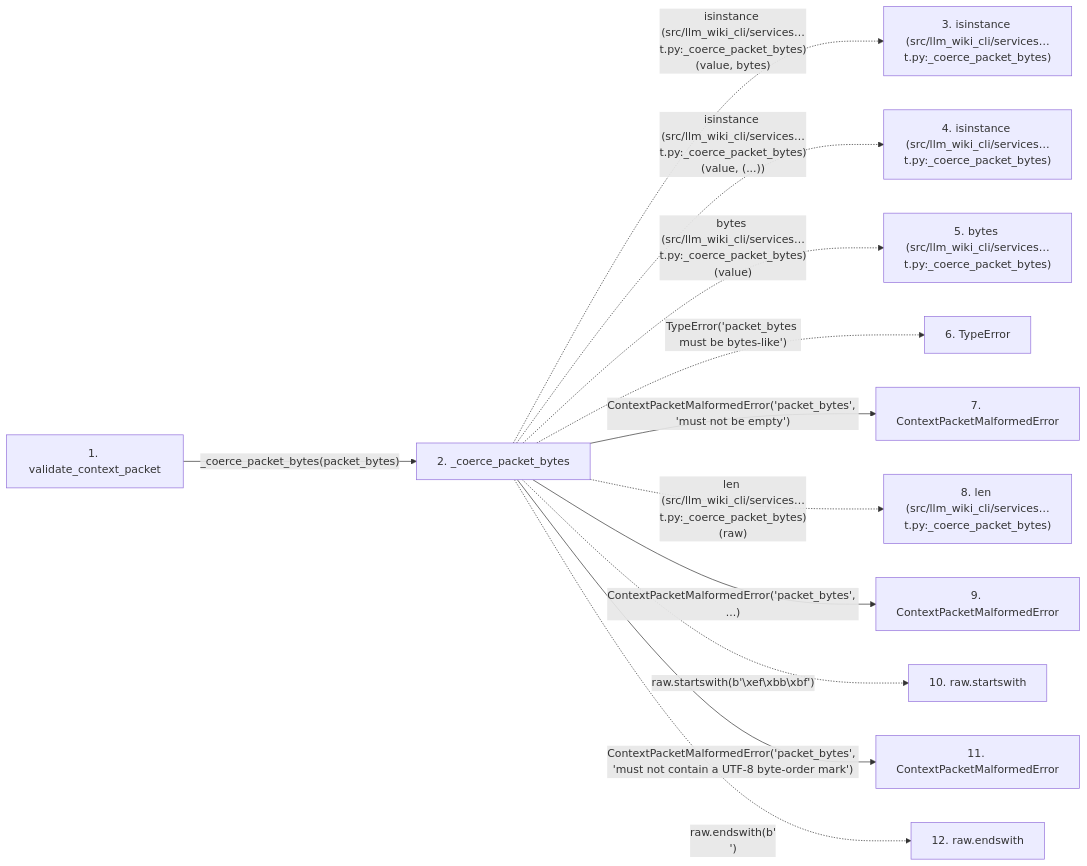
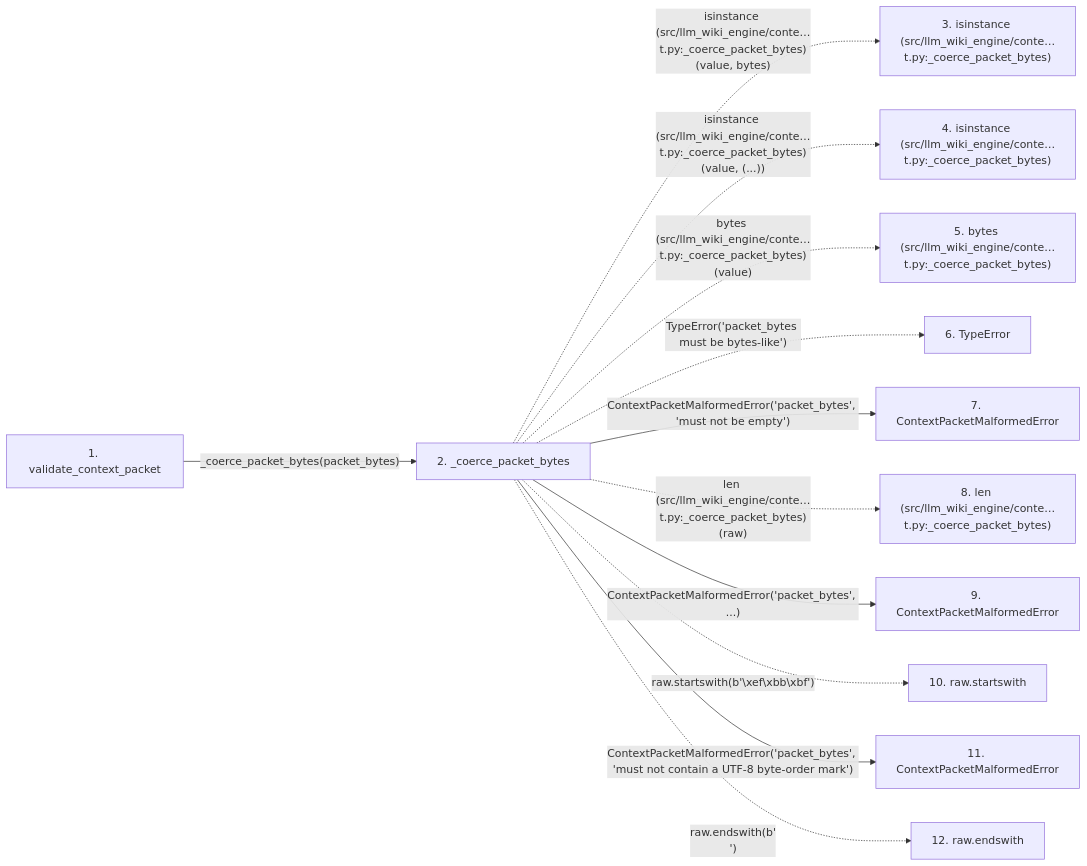
The second of 2 diagrams in docs/llm_wiki/flows/api-validate_context_packet-context_packet.md (Denissvgn/python-wiki-llm), drawn with Mermaid before and after one commit. The commit also changed other lines of this file and 577 other files, not shown here.

Commit message:
docs: refresh the wiki for the engine context packet

````diff
--- a/docs/llm_wiki/flows/api-validate_context_packet-context_packet.md
+++ b/docs/llm_wiki/flows/api-validate_context_packet-context_packet.md
@@ -141,31 +141,31 @@
 ```mermaid
 flowchart LR
     s1["1. validate_context_packet"]
     s2["2. _coerce_packet_bytes"]
-    s3["3. isinstance (src/llm_wiki_cli/services…t.py:_coerce_packet_bytes)"]
-    s4["4. isinstance (src/llm_wiki_cli/services…t.py:_coerce_packet_bytes)"]
-    s5["5. bytes (src/llm_wiki_cli/services…t.py:_coerce_packet_bytes)"]
+    s3["3. isinstance (src/llm_wiki_engine/conte…t.py:_coerce_packet_bytes)"]
+    s4["4. isinstance (src/llm_wiki_engine/conte…t.py:_coerce_packet_bytes)"]
+    s5["5. bytes (src/llm_wiki_engine/conte…t.py:_coerce_packet_bytes)"]
     s6["6. TypeError"]
     s7["7. ContextPacketMalformedError"]
-    s8["8. len (src/llm_wiki_cli/services…t.py:_coerce_packet_bytes)"]
+    s8["8. len (src/llm_wiki_engine/conte…t.py:_coerce_packet_bytes)"]
     s9["9. ContextPacketMalformedError"]
     s10["10. raw.startswith"]
     s11["11. ContextPacketMalformedError"]
     s12["12. raw.endswith"]
     s1 -->|"_coerce_packet_bytes(packet_bytes)"| s2
-    s2 -. "isinstance (src/llm_wiki_cli/services…t.py:_coerce_packet_bytes)(value, bytes)" .-> s3
-    s2 -. "isinstance (src/llm_wiki_cli/services…t.py:_coerce_packet_bytes)(value, (...))" .-> s4
-    s2 -. "bytes (src/llm_wiki_cli/services…t.py:_coerce_packet_bytes)(value)" .-> s5
+    s2 -. "isinstance (src/llm_wiki_engine/conte…t.py:_coerce_packet_bytes)(value, bytes)" .-> s3
+    s2 -. "isinstance (src/llm_wiki_engine/conte…t.py:_coerce_packet_bytes)(value, (...))" .-> s4
+    s2 -. "bytes (src/llm_wiki_engine/conte…t.py:_coerce_packet_bytes)(value)" .-> s5
     s2 -. "TypeError('packet_bytes must be bytes-like')" .-> s6
     s2 -->|"ContextPacketMalformedError('packet_bytes', 'must not be empty')"| s7
-    s2 -. "len (src/llm_wiki_cli/services…t.py:_coerce_packet_bytes)(raw)" .-> s8
+    s2 -. "len (src/llm_wiki_engine/conte…t.py:_coerce_packet_bytes)(raw)" .-> s8
     s2 -->|"ContextPacketMalformedError('packet_bytes', ...)"| s9
     s2 -. "raw.startswith(b'\xef\xbb\xbf')" .-> s10
     s2 -->|"ContextPacketMalformedError('packet_bytes', 'must not contain a UTF-8 byte-order mark')"| s11
     s2 -. "raw.endswith(b'\n')" .-> s12
     click s1 "../modules/context_packet.md"
     click s2 "../modules/context_packet.md"
     click s7 "../modules/context_packet.md"
     click s9 "../modules/context_packet.md"
     click s11 "../modules/context_packet.md"
 ```
````
